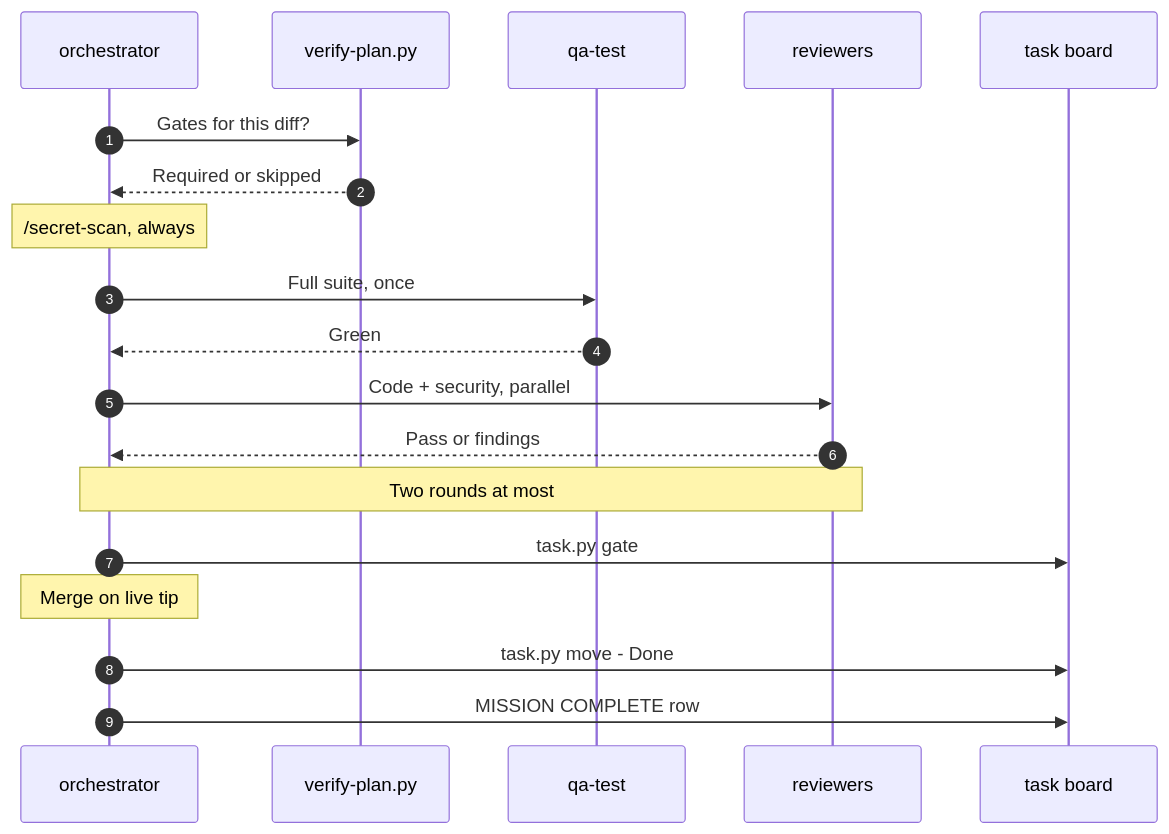
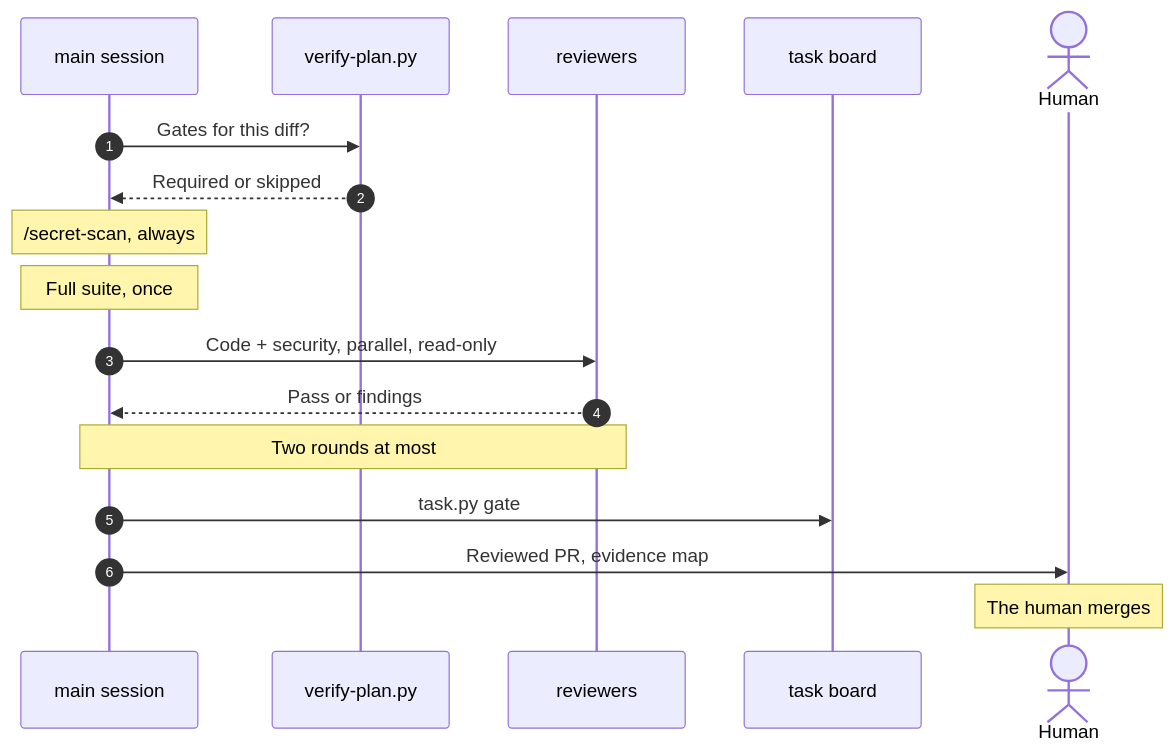
Before and after one commit to nguyenhx2/agent-harness-bootstrap: diagram 11 of 16 in docs/FLOWS.md, drawn with Mermaid. The commit also changed other lines of this file and 107 other files, not shown here.

````diff
--- a/docs/FLOWS.md
+++ b/docs/FLOWS.md
@@ -462,22 +474,20 @@
 ```mermaid
 sequenceDiagram
     autonumber
-    participant Orch as orchestrator
+    participant Main as main session
     participant Plan as verify-plan.py
-    participant QA as qa-test
     participant Rev as reviewers
     participant Board as task board
+    actor Human
 
-    Orch->>Plan: Gates for this diff?
-    Plan-->>Orch: Required or skipped
-    Note over Orch: /secret-scan, always
-    Orch->>QA: Full suite, once
-    QA-->>Orch: Green
-    Orch->>Rev: Code + security, parallel
-    Rev-->>Orch: Pass or findings
-    Note over Orch,Rev: Two rounds at most
-    Orch->>Board: task.py gate
-    Note over Orch: Merge on live tip
-    Orch->>Board: task.py move - Done
-    Orch->>Board: MISSION COMPLETE row
+    Main->>Plan: Gates for this diff?
+    Plan-->>Main: Required or skipped
+    Note over Main: /secret-scan, always
+    Note over Main: Full suite, once
+    Main->>Rev: Code + security, parallel, read-only
+    Rev-->>Main: Pass or findings
+    Note over Main,Rev: Two rounds at most
+    Main->>Board: task.py gate
+    Main->>Human: Reviewed PR, evidence map
+    Note over Human: The human merges
 ```
````
